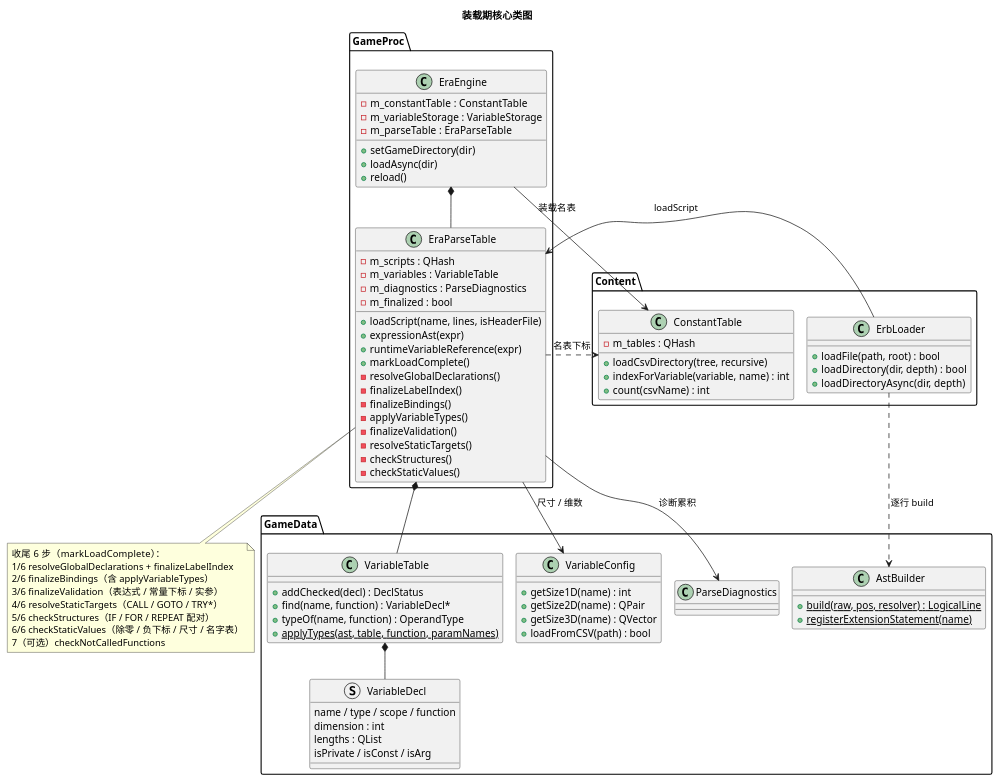
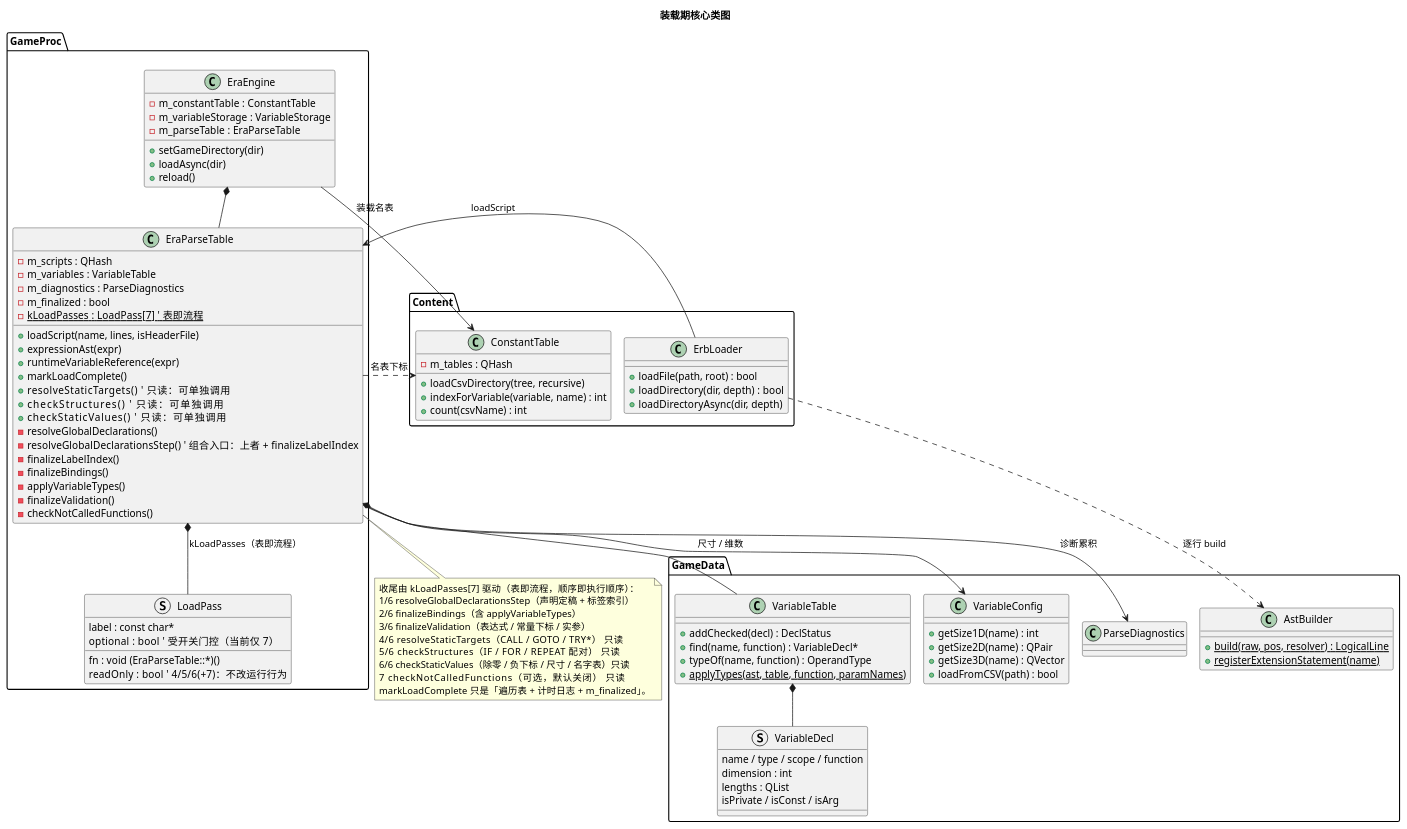
Before and after one commit to yigekuyou/qt-eraemu: the diagram in docs/uml/01-load-classes.puml, drawn with PlantUML. The commit also changed 18 other files, not shown here.

```diff
--- a/docs/uml/01-load-classes.puml
+++ b/docs/uml/01-load-classes.puml
@@ -1,103 +1,115 @@
 @startuml 01-load-classes
 ' 无 graphviz(dot) 时用 PlantUML 内置 smetana 布局引擎
 !pragma layout smetana
 ' emuera —— 装载期核心类型：CSV → ERB 逐行解析 → EraParseTable → 收尾定型
 ' 渲染：plantuml -tpng docs/uml/01-load-classes.puml
 title 装载期核心类图
 
 package "GameProc" {
   class EraEngine {
     - m_constantTable : ConstantTable
     - m_variableStorage : VariableStorage
     - m_parseTable : EraParseTable
     + setGameDirectory(dir)
     + loadAsync(dir)
     + reload()
   }
 
   class EraParseTable {
     - m_scripts : QHash
     - m_variables : VariableTable
     - m_diagnostics : ParseDiagnostics
     - m_finalized : bool
     + loadScript(name, lines, isHeaderFile)
     + expressionAst(expr)
     + runtimeVariableReference(expr)
     + markLoadComplete()
+    + resolveStaticTargets()      ' 只读：可单独调用
+    + checkStructures()           ' 只读：可单独调用
+    + checkStaticValues()         ' 只读：可单独调用
     - resolveGlobalDeclarations()
+    - resolveGlobalDeclarationsStep()   ' 组合入口：上者 + finalizeLabelIndex
     - finalizeLabelIndex()
     - finalizeBindings()
     - applyVariableTypes()
     - finalizeValidation()
-    - resolveStaticTargets()
-    - checkStructures()
-    - checkStaticValues()
+    - checkNotCalledFunctions()
+    {static} - kLoadPasses : LoadPass[7]  ' 表即流程
+  }
+
+  struct LoadPass {
+    label : const char*
+    fn : void (EraParseTable::*)()
+    optional : bool   ' 受开关门控（当前仅 7）
+    readOnly : bool   ' 4/5/6(+7)：不改运行行为
   }
 }
 
 package "Content" {
   class ErbLoader {
     + loadFile(path, root) : bool
     + loadDirectory(dir, depth) : bool
     + loadDirectoryAsync(dir, depth)
   }
 
   class ConstantTable {
     - m_tables : QHash
     + loadCsvDirectory(tree, recursive)
     + indexForVariable(variable, name) : int
     + count(csvName) : int
   }
 }
 
 package "GameData" {
   class VariableTable {
     + addChecked(decl) : DeclStatus
     + find(name, function) : VariableDecl*
     + typeOf(name, function) : OperandType
     {static} + applyTypes(ast, table, function, paramNames)
   }
 
   struct VariableDecl {
     name / type / scope / function
     dimension : int
     lengths : QList
     isPrivate / isConst / isArg
   }
 
   class VariableConfig {
     + getSize1D(name) : int
     + getSize2D(name) : QPair
     + getSize3D(name) : QVector
     + loadFromCSV(path) : bool
   }
 
   class AstBuilder {
     {static} + build(raw, pos, resolver) : LogicalLine
     {static} + registerExtensionStatement(name)
   }
 
   class ParseDiagnostics
 }
 
 EraEngine *-- EraParseTable
 EraEngine --> ConstantTable : 装载名表
 ErbLoader ..> AstBuilder : 逐行 build
 ErbLoader --> EraParseTable : loadScript
 EraParseTable *-- VariableTable
+EraParseTable *-- LoadPass : kLoadPasses（表即流程）
 EraParseTable --> ParseDiagnostics : 诊断累积
 EraParseTable ..> ConstantTable : 名表下标
 VariableTable *-- VariableDecl
 EraParseTable --> VariableConfig : 尺寸 / 维数
 
 note bottom of EraParseTable
-  收尾 6 步（markLoadComplete）：
-  1/6 resolveGlobalDeclarations + finalizeLabelIndex
+  收尾由 kLoadPasses[7] 驱动（表即流程，顺序即执行顺序）：
+  1/6 resolveGlobalDeclarationsStep（声明定稿 + 标签索引）
   2/6 finalizeBindings（含 applyVariableTypes）
   3/6 finalizeValidation（表达式 / 常量下标 / 实参）
-  4/6 resolveStaticTargets（CALL / GOTO / TRY*）
-  5/6 checkStructures（IF / FOR / REPEAT 配对）
-  6/6 checkStaticValues（除零 / 负下标 / 尺寸 / 名字表）
-  7（可选）checkNotCalledFunctions
+  4/6 resolveStaticTargets（CALL / GOTO / TRY*）      只读
+  5/6 checkStructures（IF / FOR / REPEAT 配对）        只读
+  6/6 checkStaticValues（除零 / 负下标 / 尺寸 / 名字表）只读
+  7 checkNotCalledFunctions（可选，默认关闭）          只读
+  markLoadComplete 只是「遍历表 + 计时日志 + m_finalized」。
 end note
 @enduml
```
